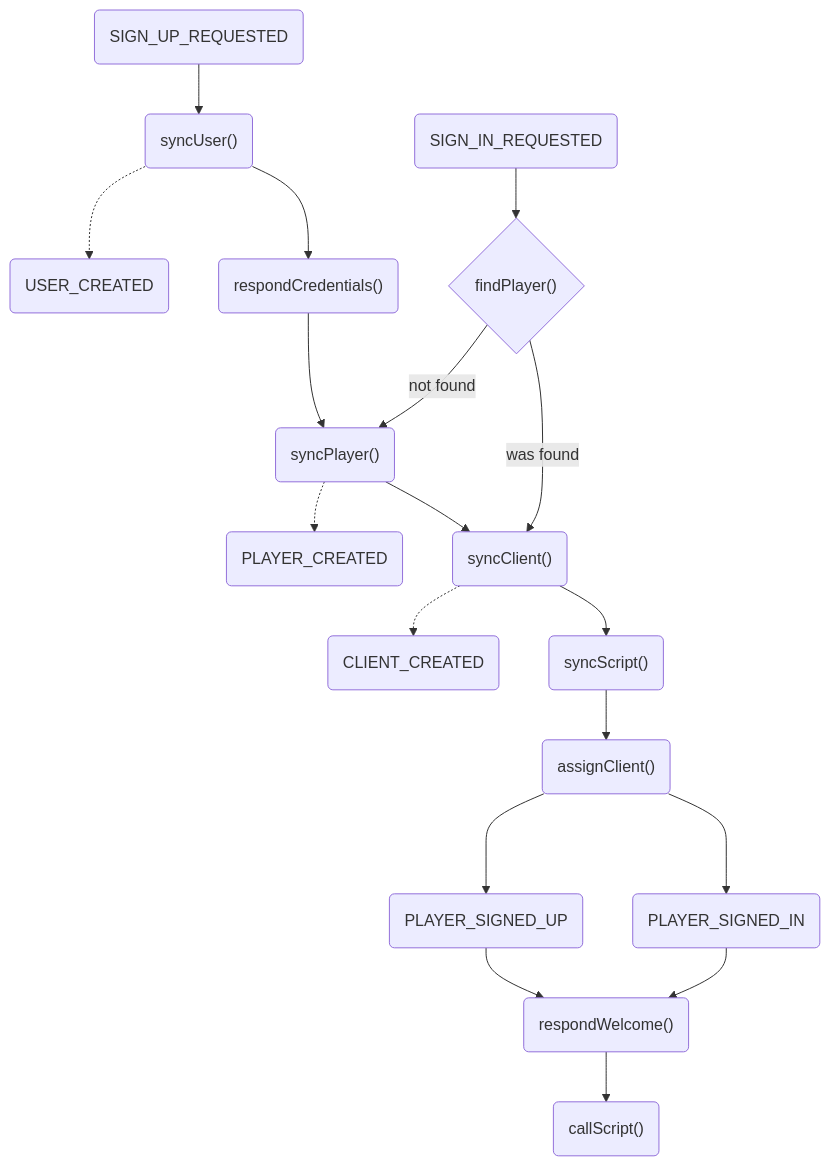
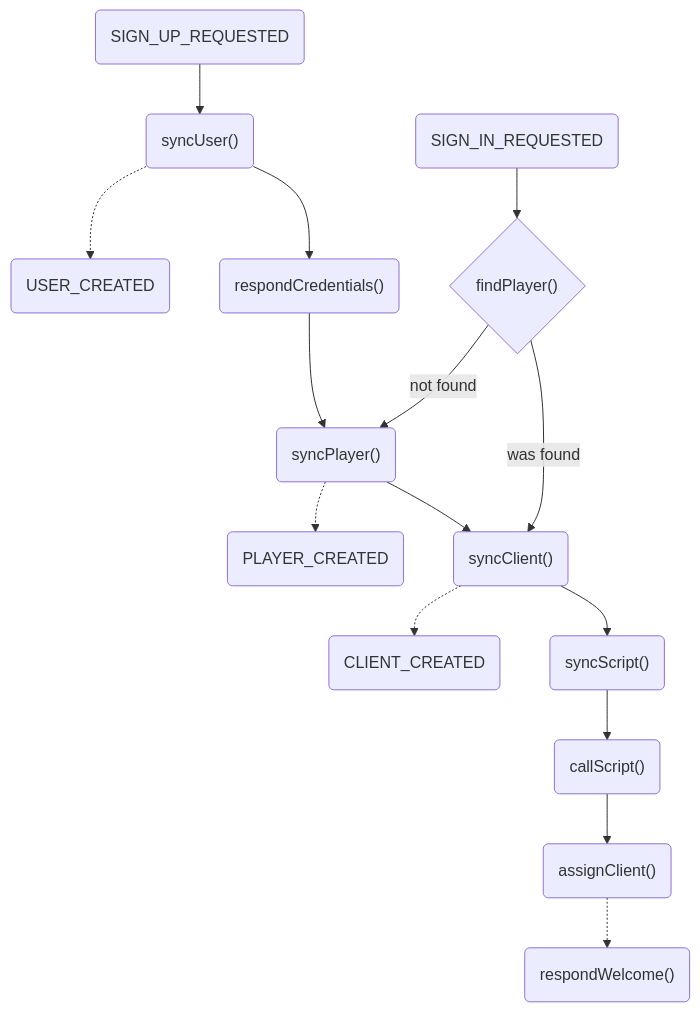
One commit to OMGSERVERS/omgservers changed the diagram in omgservers-documentation/src/SignInSignUp.md. Above: the diagram before and after it, drawn with Mermaid. The commit also changed 38 other files, not shown here.

````diff
--- a/omgservers-documentation/src/SignInSignUp.md
+++ b/omgservers-documentation/src/SignInSignUp.md
@@ -3,22 +3,19 @@
 ```mermaid
 graph TD;
 
 SignUpRequested(SIGN_UP_REQUESTED) --> syncUser("syncUser()")
 syncUser("syncUser()") -.-> UserCreated(USER_CREATED)
 syncUser("syncUser()") --> respondCredentials("respondCredentials()")
 respondCredentials("respondCredentials()") --> syncPlayer("syncPlayer()")
 syncPlayer("syncPlayer()") -.-> PlayerCreated(PLAYER_CREATED)
 syncPlayer("syncPlayer()") --> syncClient("syncClient()")
 syncClient("syncClient()") -.-> ClientCreated(CLIENT_CREATED)
 syncClient("syncClient()") --> syncScript("syncScript()")
-syncScript("syncScript()") --> assignClient("assignClient()")
-assignClient("assignClient()") ---> PlayerSignedUp(PLAYER_SIGNED_UP)
-assignClient("assignClient()") ---> PlayerSignedIn(PLAYER_SIGNED_IN)
-PlayerSignedUp(PLAYER_SIGNED_UP) --> respondWelcome("respondWelcome()")
-PlayerSignedIn(PLAYER_SIGNED_IN) --> respondWelcome("respondWelcome()")
-respondWelcome("respondWelcome()") --> callScript("callScript()")
+syncScript("syncScript()") --> callScript("callScript()")
+callScript("callScript()") --> assignClient("assignClient()") 
+assignClient("assignClient()") -.-> respondWelcome("respondWelcome()") 
 
 SignInRequested(SIGN_IN_REQUESTED) --> findPlayer{"findPlayer()"}
 findPlayer{"findPlayer()"} -- was found --> syncClient("syncClient()")
 findPlayer{"findPlayer()"} -- not found --> syncPlayer("syncPlayer()")
 ```
````
